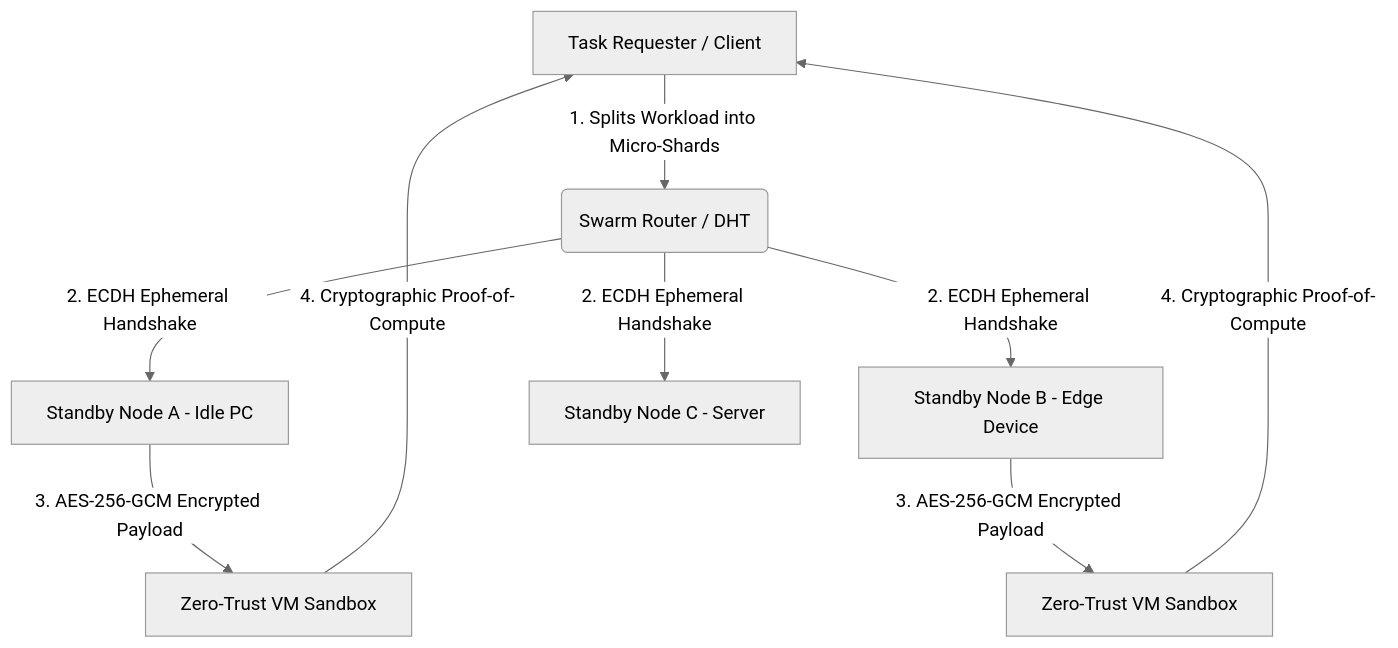
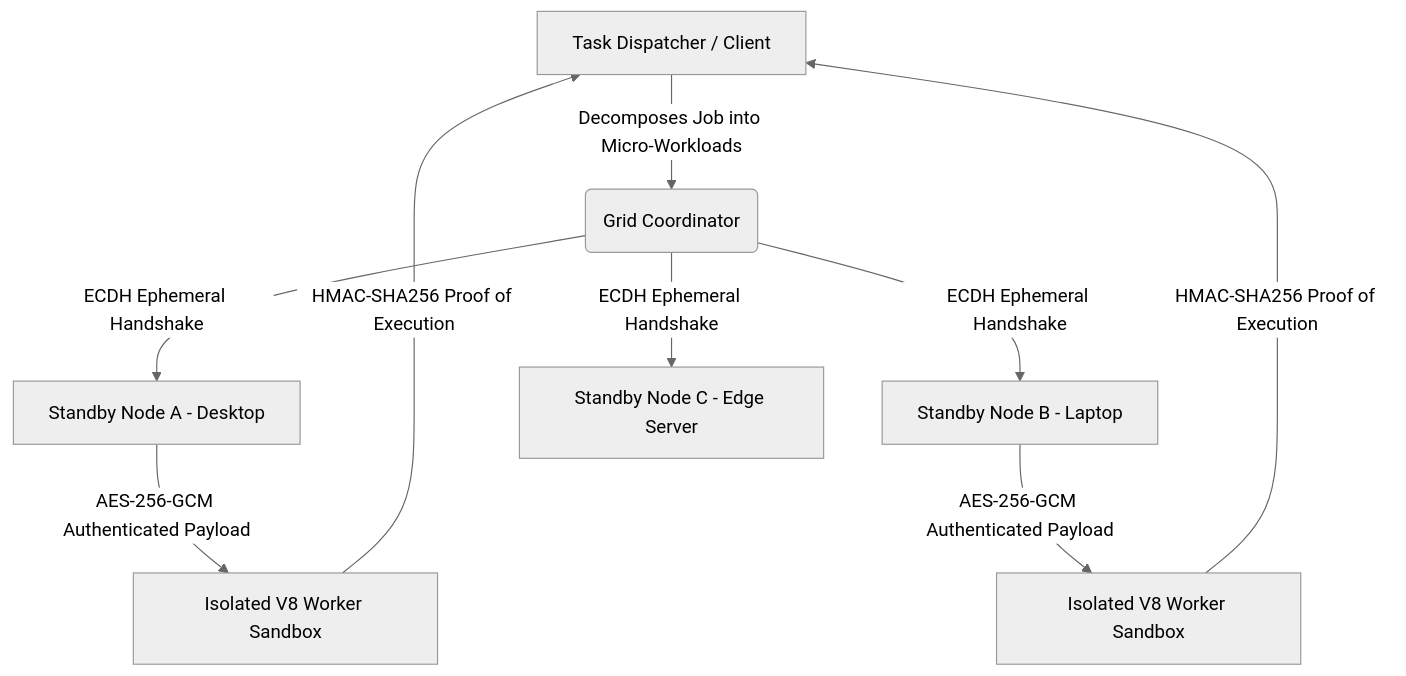
The diagram in README.md (pc1209920-coder/Open-Side), drawn with Mermaid (neutral theme) before and after one commit. The commit also changed other lines of this file, not shown here.

````diff
--- a/README.md
+++ b/README.md
@@ -16,11 +14,11 @@
 ```mermaid
 graph TD
-    A[Task Requester / Client] -->|1. Splits Workload into Micro-Shards| B(Swarm Router / DHT)
-    B -->|2. ECDH Ephemeral Handshake| C[Standby Node A - Idle PC]
-    B -->|2. ECDH Ephemeral Handshake| D[Standby Node B - Edge Device]
-    B -->|2. ECDH Ephemeral Handshake| E[Standby Node C - Server]
-    C -->|3. AES-256-GCM Encrypted Payload| F[Zero-Trust VM Sandbox]
-    D -->|3. AES-256-GCM Encrypted Payload| G[Zero-Trust VM Sandbox]
-    F -->|4. Cryptographic Proof-of-Compute| A
-    G -->|4. Cryptographic Proof-of-Compute| A
+    A[Task Dispatcher / Client] -->|Decomposes Job into Micro-Workloads| B(Grid Coordinator)
+    B -->|ECDH Ephemeral Handshake| C[Standby Node A - Desktop]
+    B -->|ECDH Ephemeral Handshake| D[Standby Node B - Laptop]
+    B -->|ECDH Ephemeral Handshake| E[Standby Node C - Edge Server]
+    C -->|AES-256-GCM Authenticated Payload| F[Isolated V8 Worker Sandbox]
+    D -->|AES-256-GCM Authenticated Payload| G[Isolated V8 Worker Sandbox]
+    F -->|HMAC-SHA256 Proof of Execution| A
+    G -->|HMAC-SHA256 Proof of Execution| A
 ```
````
